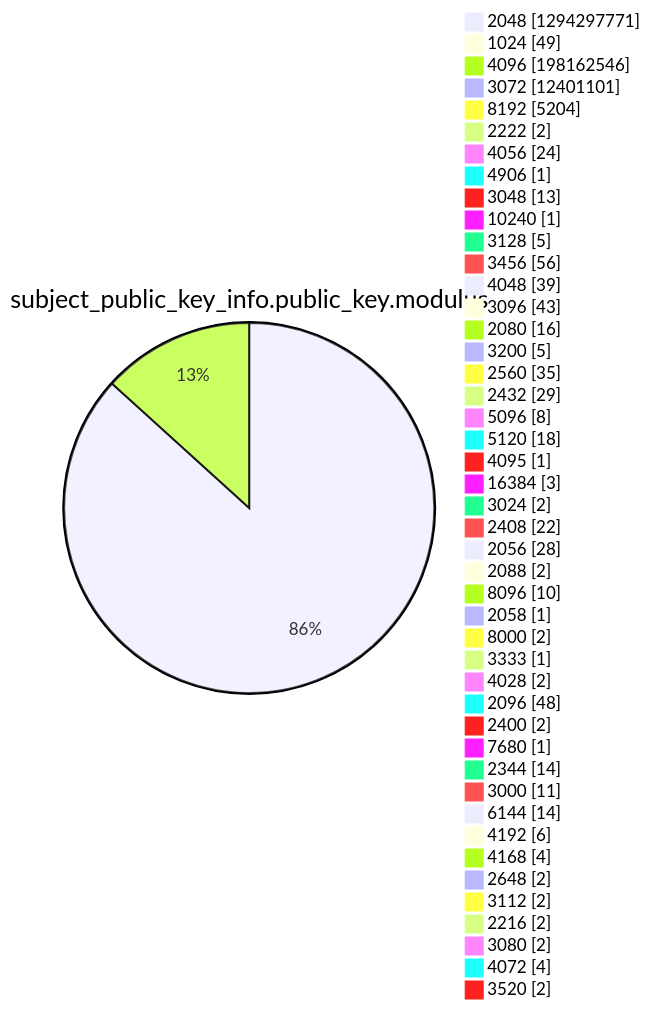
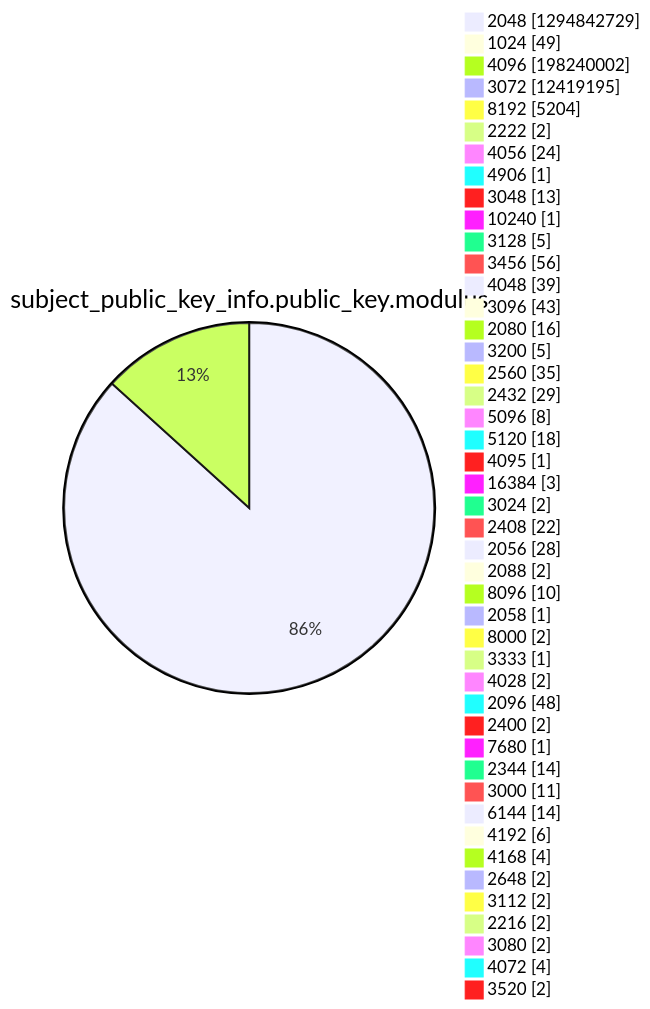
One commit to christiankrug/ctmonitor_visualization changed diagram 13 of 15 in xenon2022/README.md. Above: the diagram before and after it, drawn with Mermaid. The commit also changed other lines of this file, not shown here.

````diff
--- a/xenon2022/README.md
+++ b/xenon2022/README.md
@@ -3921,49 +3921,49 @@
 ```mermaid
 pie showData
 title subject_public_key_info.public_key.modulus
-"2048" :1294297771
+"2048" :1294842729
 "1024" :49
-"4096" :198162546
-"3072" :12401101
+"4096" :198240002
+"3072" :12419195
 "8192" :5204
 "2222" :2
 "4056" :24
 "4906" :1
 "3048" :13
 "10240" :1
 "3128" :5
 "3456" :56
 "4048" :39
 "3096" :43
 "2080" :16
 "3200" :5
 "2560" :35
 "2432" :29
 "5096" :8
 "5120" :18
 "4095" :1
 "16384" :3
 "3024" :2
 "2408" :22
 "2056" :28
 "2088" :2
 "8096" :10
 "2058" :1
 "8000" :2
 "3333" :1
 "4028" :2
 "2096" :48
 "2400" :2
 "7680" :1
 "2344" :14
 "3000" :11
 "6144" :14
 "4192" :6
 "4168" :4
 "2648" :2
 "3112" :2
 "2216" :2
 "3080" :2
 "4072" :4
 "3520" :2
 ```
````
